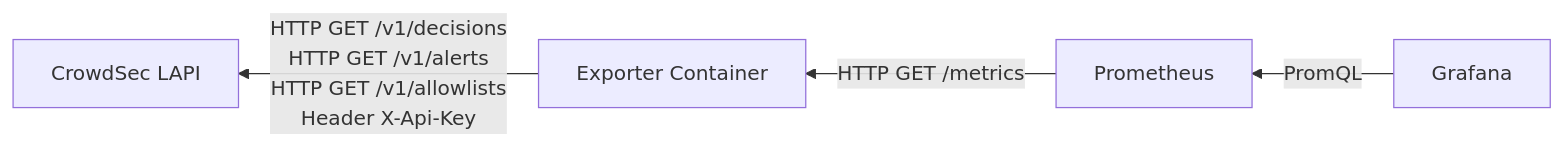
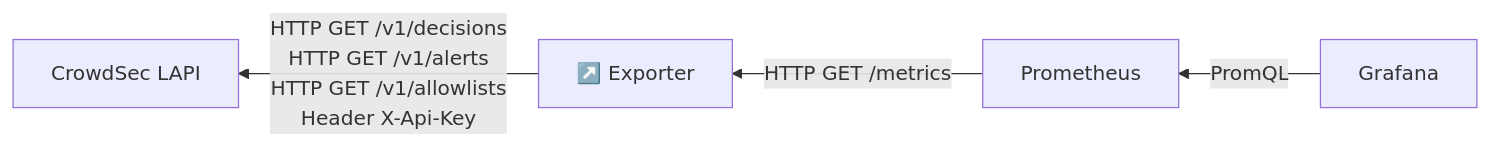
One commit to trensetim/prometheus-crowdsec-exporter changed the second of 2 diagrams in README.md. Above: the diagram before and after it, drawn with Mermaid. The commit also changed other lines of this file and 1 other file, not shown here.

````diff
--- a/README.md
+++ b/README.md
@@ -19,16 +24,16 @@
 ```mermaid
 flowchart RL
     lapi["CrowdSec LAPI"]
-    ex["Exporter Container"]
+    ex["↗️ Exporter"]
     prom["Prometheus"]
     gf["Grafana"]
 
     ex -- "
         HTTP GET /v1/decisions
         HTTP GET /v1/alerts
         HTTP GET /v1/allowlists
         Header X-Api-Key
     " --> lapi
     prom -- "HTTP GET /metrics" --> ex
     gf -- PromQL --> prom
 ```
````
